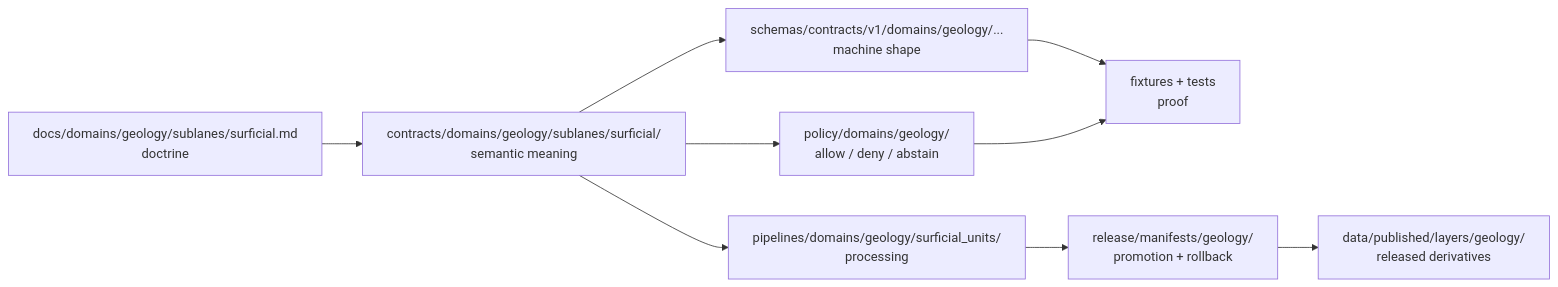
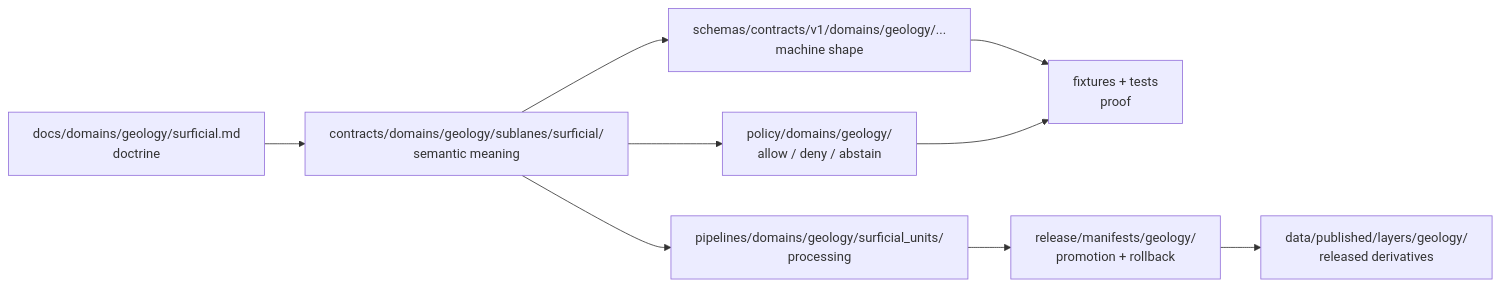
The diagram in contracts/domains/geology/sublanes/surficial/README.md (bartytime4life/Kansas-Frontier-Matrix), drawn with Mermaid before and after one commit. The commit also changed other lines of this file and 13 other files, not shown here.

First line of the commit message:
docs(geology): merge sublanes/surficial.md into the flat surficial.md

````diff
--- a/contracts/domains/geology/sublanes/surficial/README.md
+++ b/contracts/domains/geology/sublanes/surficial/README.md
@@ -117,20 +118,20 @@
 ```mermaid
 flowchart LR
-    D["docs/domains/geology/sublanes/surficial.md<br/>doctrine"]
+    D["docs/domains/geology/surficial.md<br/>doctrine"]
     C["contracts/domains/geology/sublanes/surficial/<br/>semantic meaning"]
     S["schemas/contracts/v1/domains/geology/...<br/>machine shape"]
     P["policy/domains/geology/<br/>allow / deny / abstain"]
     F["fixtures + tests<br/>proof"]
     X["pipelines/domains/geology/surficial_units/<br/>processing"]
     R["release/manifests/geology/<br/>promotion + rollback"]
     PUB["data/published/layers/geology/<br/>released derivatives"]
 
     D --> C
     C --> S
     C --> P
     S --> F
     P --> F
     C --> X
     X --> R
     R --> PUB
 ```
````
